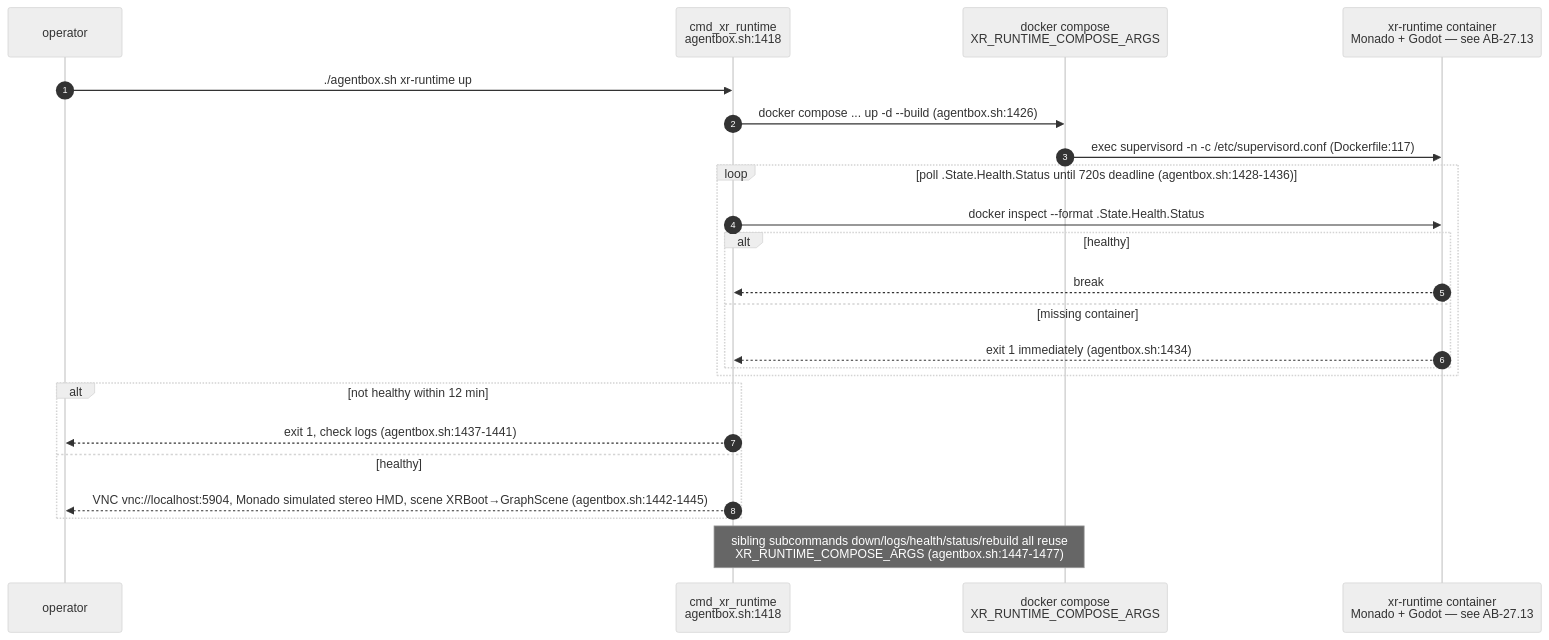
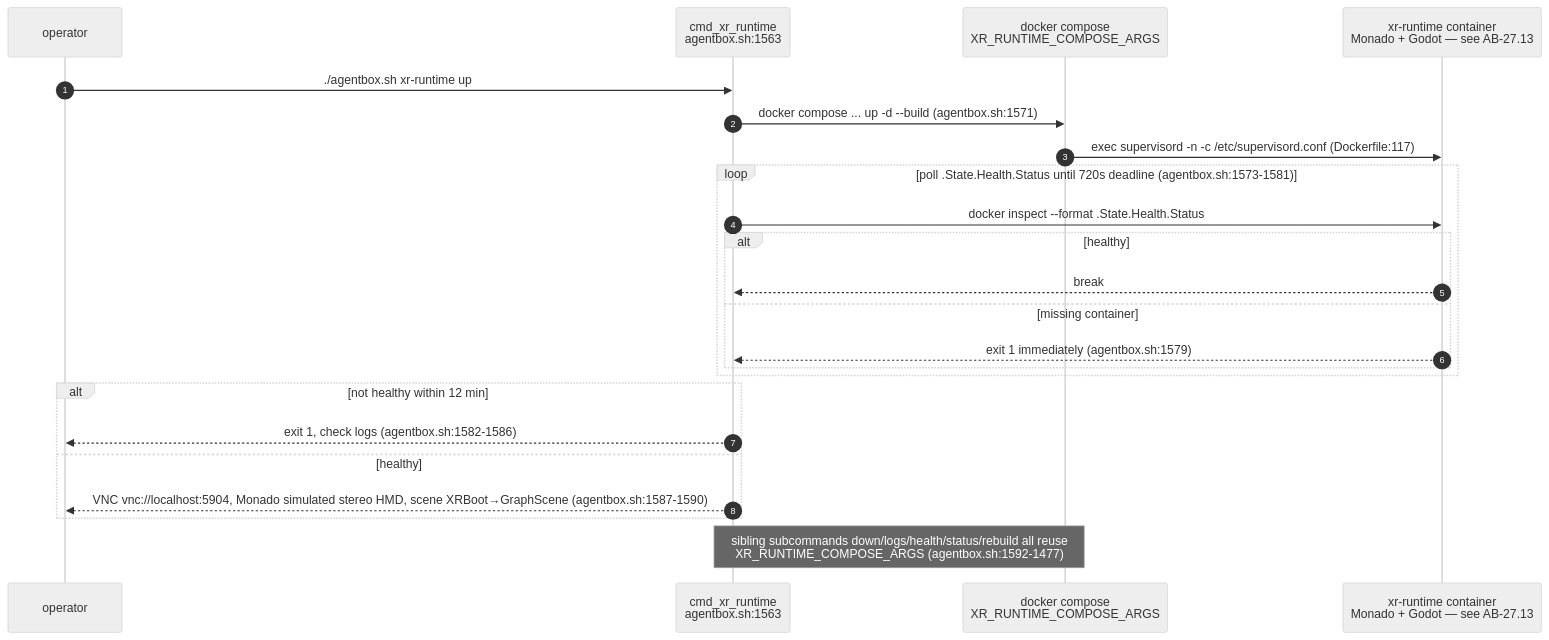
Before and after one commit to DreamLab-AI/VisionFlow: the ninth of 10 diagrams in docs/diagrams/agentbox/06-sidecars-and-compose-overlays.md, drawn with Mermaid (neutral theme). The commit also changed other lines of this file and 28 other files, not shown here.

````diff
--- a/docs/diagrams/agentbox/06-sidecars-and-compose-overlays.md
+++ b/docs/diagrams/agentbox/06-sidecars-and-compose-overlays.md
@@ -256,26 +259,26 @@
 ```mermaid
 sequenceDiagram
     autonumber
     participant OP as operator
-    participant SH as cmd_xr_runtime<br/>agentbox.sh:1418
+    participant SH as cmd_xr_runtime<br/>agentbox.sh:1563
     participant DC as docker compose<br/>XR_RUNTIME_COMPOSE_ARGS
     participant XR as xr-runtime container<br/>Monado + Godot — see AB-27.13
 
     OP->>SH: ./agentbox.sh xr-runtime up
-    SH->>DC: docker compose ... up -d --build (agentbox.sh:1426)
+    SH->>DC: docker compose ... up -d --build (agentbox.sh:1571)
     DC->>XR: exec supervisord -n -c /etc/supervisord.conf (Dockerfile:117)
-    loop poll .State.Health.Status until 720s deadline (agentbox.sh:1428-1436)
+    loop poll .State.Health.Status until 720s deadline (agentbox.sh:1573-1581)
         SH->>XR: docker inspect --format .State.Health.Status
         alt healthy
             XR-->>SH: break
         else missing container
-            XR-->>SH: exit 1 immediately (agentbox.sh:1434)
+            XR-->>SH: exit 1 immediately (agentbox.sh:1579)
         end
     end
     alt not healthy within 12 min
-        SH-->>OP: exit 1, check logs (agentbox.sh:1437-1441)
+        SH-->>OP: exit 1, check logs (agentbox.sh:1582-1586)
     else healthy
-        SH-->>OP: VNC vnc://localhost:5904, Monado simulated stereo HMD, scene XRBoot→GraphScene (agentbox.sh:1442-1445)
+        SH-->>OP: VNC vnc://localhost:5904, Monado simulated stereo HMD, scene XRBoot→GraphScene (agentbox.sh:1587-1590)
     end
-    Note over SH,DC: sibling subcommands down/logs/health/status/rebuild all reuse<br/>XR_RUNTIME_COMPOSE_ARGS (agentbox.sh:1447-1477)
+    Note over SH,DC: sibling subcommands down/logs/health/status/rebuild all reuse<br/>XR_RUNTIME_COMPOSE_ARGS (agentbox.sh:1592-1477)
 ```
````
